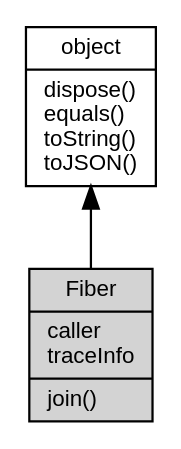
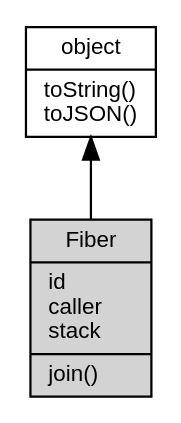
One commit to asionius/fibjs-ceph changed the diagram in docs/object/ifs/Fiber.md. Above: the diagram before and after it, drawn with Graphviz. The commit also changed other lines of this file and 138 other files, not shown here.

````diff
--- a/docs/object/ifs/Fiber.md
+++ b/docs/object/ifs/Fiber.md
@@ -48,10 +48,10 @@
 ```dot
 digraph {
     node [fontname="Helvetica,sans-Serif", fontsize=10, shape="record", style="filled", fillcolor="white"];
 
-    object [tooltip="object", URL="object.md", label="{object|dispose()\lequals()\ltoString()\ltoJSON()\l}"];
-    Fiber [tooltip="Fiber", fillcolor="lightgray", label="{Fiber|caller\ltraceInfo\l|join()\l}"];
+    object [tooltip="object", URL="object.md", label="{object|toString()\ltoJSON()\l}"];
+    Fiber [tooltip="Fiber", fillcolor="lightgray", id="me", label="{Fiber|id\lcaller\lstack\l|join()\l}"];
 
     object -> Fiber [dir=back];
 }
 ```
````
